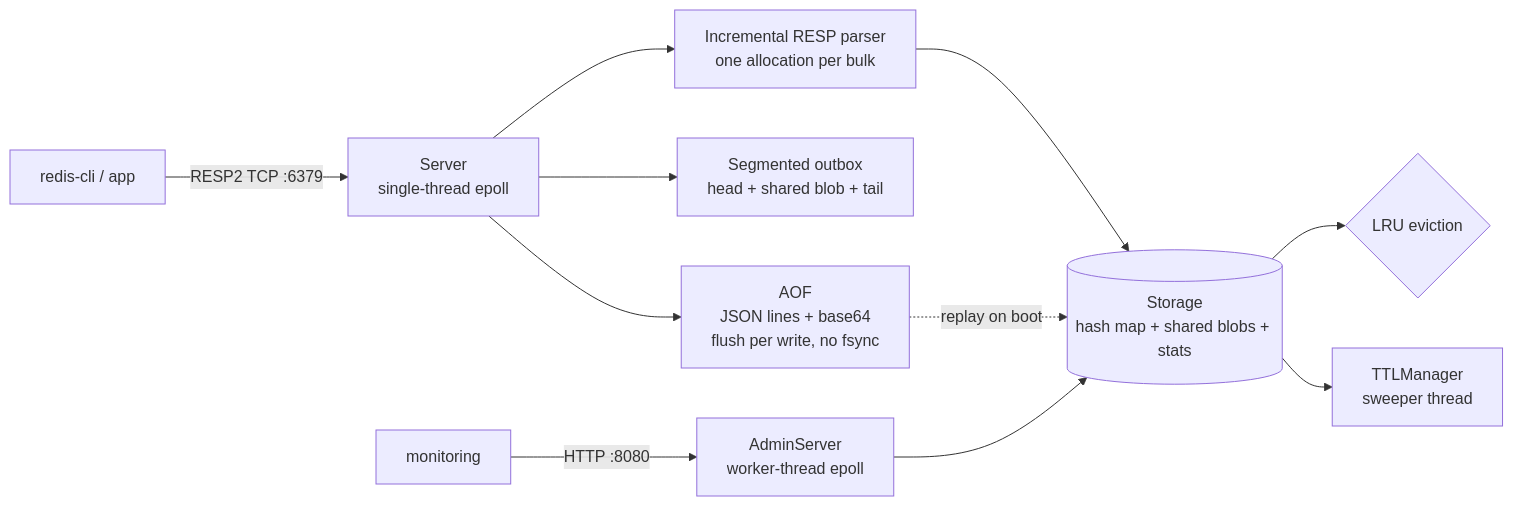
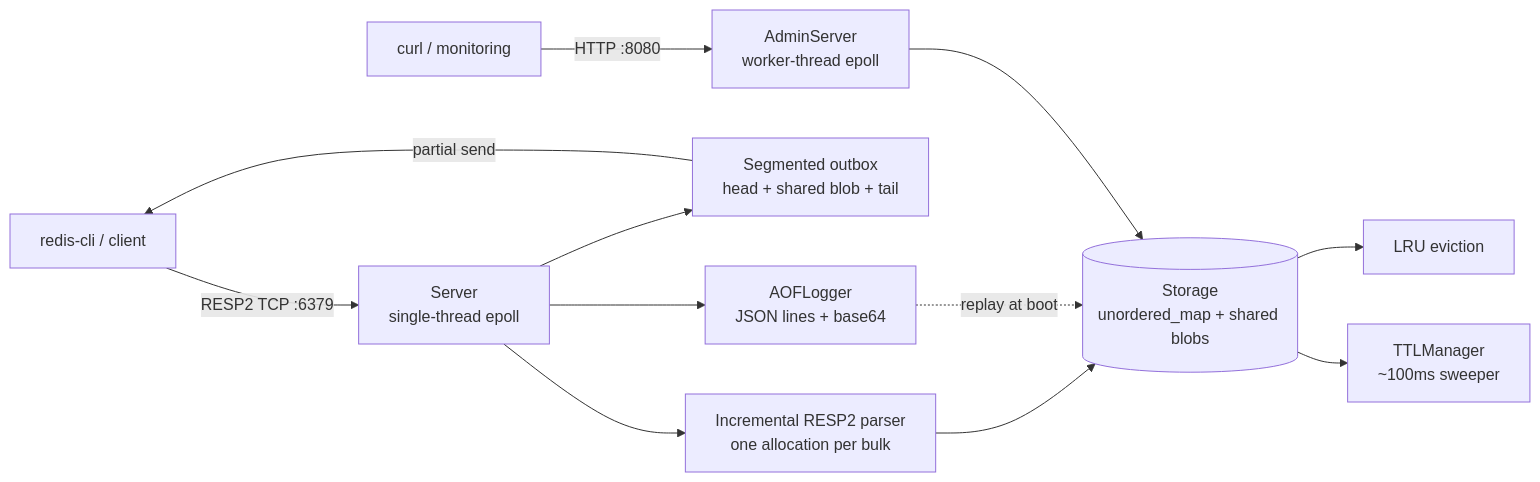
The diagram in README.md (ima-d-ice/polycache), drawn with Mermaid before and after one commit. The commit also changed other lines of this file, not shown here.

````diff
--- a/README.md
+++ b/README.md
@@ -32,13 +27,14 @@
 ```mermaid
 flowchart LR
-    C[redis-cli / app] -- RESP2 TCP :6379 --> S[Server<br/>single-thread epoll]
-    S --> P[Incremental RESP parser<br/>one allocation per bulk]
-    P --> ST[(Storage<br/>hash map + shared blobs + stats)]
-    ST --> EV{LRU eviction}
-    ST --> TTL[TTLManager<br/>sweeper thread]
-    S --> O[Segmented outbox<br/>head + shared blob + tail]
-    S --> AOF[AOF<br/>JSON lines + base64<br/>flush per write, no fsync]
-    AOF -. replay on boot .-> ST
-    M[monitoring] -- HTTP :8080 --> AD[AdminServer<br/>worker-thread epoll]
+    C[redis-cli / client] -- RESP2 TCP :6379 --> S[Server<br/>single-thread epoll]
+    S --> P[Incremental RESP2 parser<br/>one allocation per bulk]
+    P --> ST[(Storage<br/>unordered_map + shared blobs)]
+    ST --> LRU[LRU eviction]
+    ST --> TTL[TTLManager<br/>~100ms sweeper]
+    S --> OB[Segmented outbox<br/>head + shared blob + tail]
+    OB -- partial send --> C
+    S --> AOF[AOFLogger<br/>JSON lines + base64]
+    AOF -. replay at boot .-> ST
+    M[curl / monitoring] -- HTTP :8080 --> AD[AdminServer<br/>worker-thread epoll]
     AD --> ST
 ```
````
